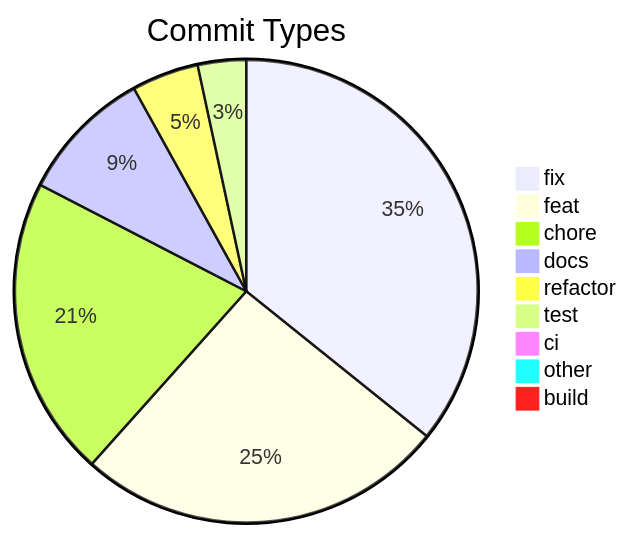
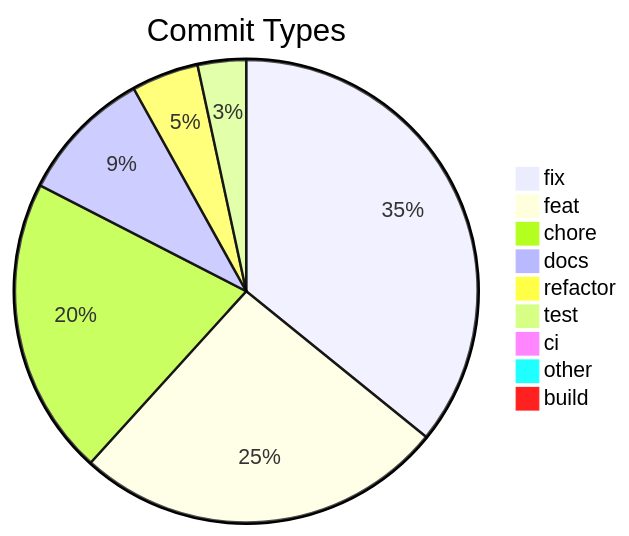
The diagram in .shipwright/compliance/change-history.md (svenroth-ai/shipwright-webui), drawn with Mermaid before and after one commit. The commit also changed other lines of this file and 35 other files, not shown here.

````diff
--- a/.shipwright/compliance/change-history.md
+++ b/.shipwright/compliance/change-history.md
@@ -8,12 +8,12 @@
 ```mermaid
 pie title Commit Types
     "fix" : 191
     "feat" : 138
-    "chore" : 112
+    "chore" : 111
     "docs" : 50
     "refactor" : 25
     "test" : 18
-    "ci" : 4
+    "ci" : 5
     "other" : 4
     "build" : 1
 ```
````
